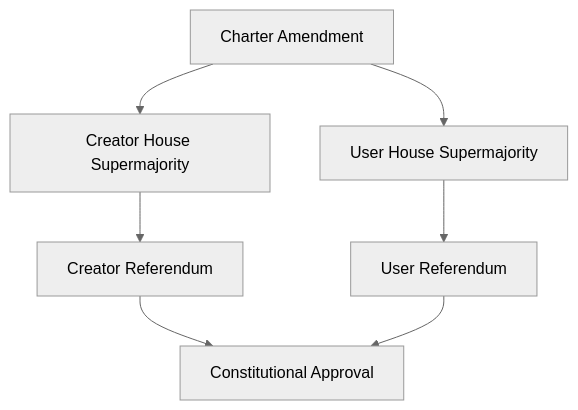
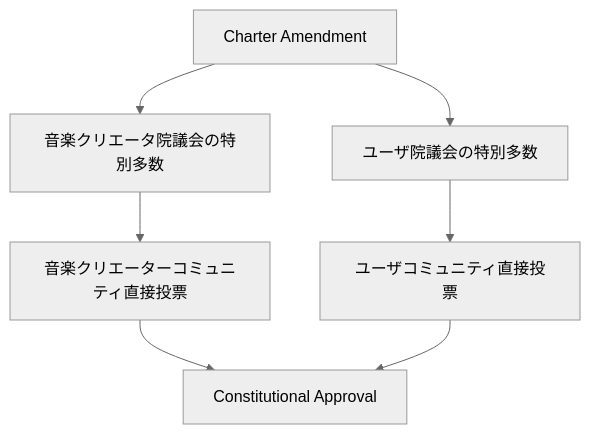
One commit to ShigeichiroYamasaki/creator-first-platform changed diagram 11 of 23 in docs/whitepaper/07-governance.md. Above: the diagram before and after it, drawn with Mermaid (neutral theme). The commit also changed other lines of this file and 67 other files, not shown here.

````diff
--- a/docs/whitepaper/07-governance.md
+++ b/docs/whitepaper/07-governance.md
@@ -512,15 +540,15 @@
 ```mermaid
 flowchart TD
     CHANGE[Charter Amendment]
-    CH[Creator House Supermajority]
-    UH[User House Supermajority]
-    CR[Creator Referendum]
-    UR[User Referendum]
+    CH[音楽クリエータ院議会の特別多数]
+    UH[ユーザ院議会の特別多数]
+    CR[音楽クリエーターコミュニティ直接投票]
+    UR[ユーザコミュニティ直接投票]
 
     CHANGE --> CH
     CHANGE --> UH
     CH --> CR
     UH --> UR
     CR --> FINAL[Constitutional Approval]
     UR --> FINAL
 ```
````
